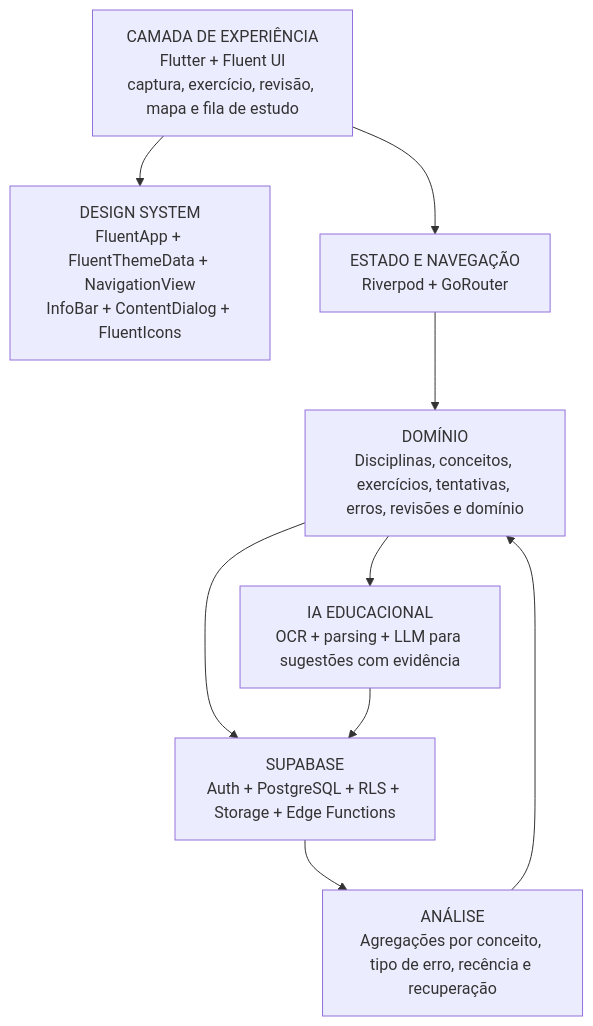
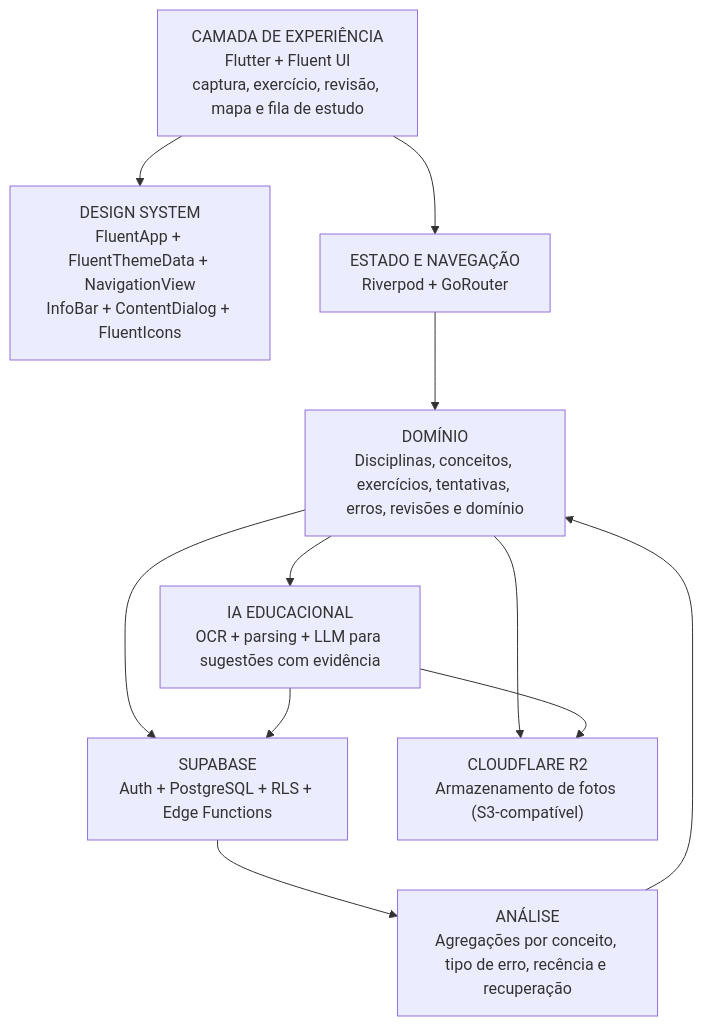
The fourth of 10 diagrams in .github/README.md (CFSJCODE/MistakeMap), drawn with Mermaid before and after one commit. The commit also changed other lines of this file and 1 other file, not shown here.

First line of the commit message:
docs: update stack docs to reflect Cloudflare R2 as file storage

````diff
--- a/.github/README.md
+++ b/.github/README.md
@@ -627,19 +628,22 @@
 ```mermaid
 flowchart TB
     UX["CAMADA DE EXPERIÊNCIA<br/>Flutter + Fluent UI<br/>captura, exercício, revisão, mapa e fila de estudo"]
     FLUENT["DESIGN SYSTEM<br/>FluentApp + FluentThemeData + NavigationView<br/>InfoBar + ContentDialog + FluentIcons"]
     STATE["ESTADO E NAVEGAÇÃO<br/>Riverpod + GoRouter"]
     DOMAIN["DOMÍNIO<br/>Disciplinas, conceitos, exercícios, tentativas, erros, revisões e domínio"]
     AI["IA EDUCACIONAL<br/>OCR + parsing + LLM para sugestões com evidência"]
-    SB["SUPABASE<br/>Auth + PostgreSQL + RLS + Storage + Edge Functions"]
+    SB["SUPABASE<br/>Auth + PostgreSQL + RLS + Edge Functions"]
+    R2["CLOUDFLARE R2<br/>Armazenamento de fotos (S3-compatível)"]
     ANALYSIS["ANÁLISE<br/>Agregações por conceito, tipo de erro, recência e recuperação"]
 
     UX --> FLUENT
     UX --> STATE
     STATE --> DOMAIN
     DOMAIN --> AI
     DOMAIN --> SB
+    DOMAIN --> R2
     AI --> SB
+    AI --> R2
     SB --> ANALYSIS
     ANALYSIS --> DOMAIN
 ```
````
